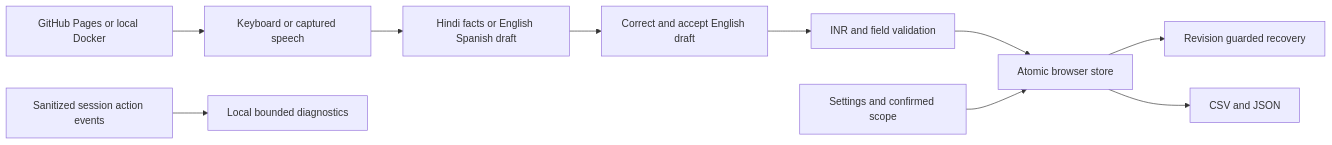
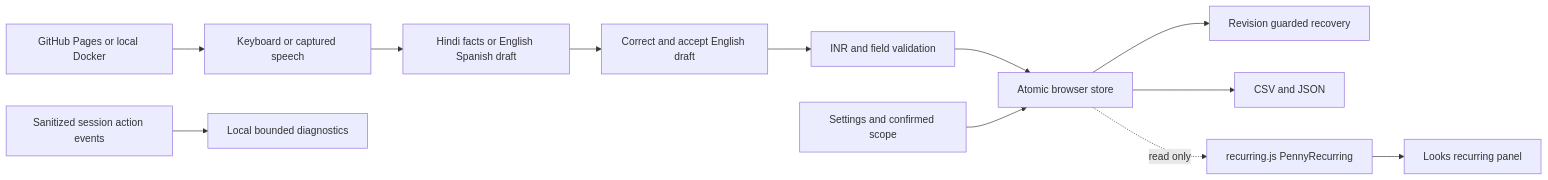
One commit to debasisr66/PennyExpenseManager changed the first of 7 diagrams in docs/ARCHITECTURE.md. Above: the diagram before and after it, drawn with Mermaid. The commit also changed other lines of this file and 16 other files, not shown here.

First line of the commit message:
feat: "Looks recurring" panel, sample bills, 3.3.1 (Group B)

````diff
--- a/docs/ARCHITECTURE.md
+++ b/docs/ARCHITECTURE.md
@@ -5,12 +5,14 @@
 ```mermaid
 flowchart LR
   Input[Keyboard or captured speech] --> Facts[Hindi facts or English Spanish draft]
   Facts --> Review[Correct and accept English draft]
   Review --> Validate[INR and field validation]
   Validate --> Store[Atomic browser store]
   Settings[Settings and confirmed scope] --> Store
   Store --> Recovery[Revision guarded recovery]
   Events[Sanitized session action events] --> Logs[Local bounded diagnostics]
   Store --> Export[CSV and JSON]
+  Store -. read only .-> Recurring[recurring.js PennyRecurring]
+  Recurring --> Panel[Looks recurring panel]
   GitHub[GitHub Pages or local Docker] --> Input
 ```
````
